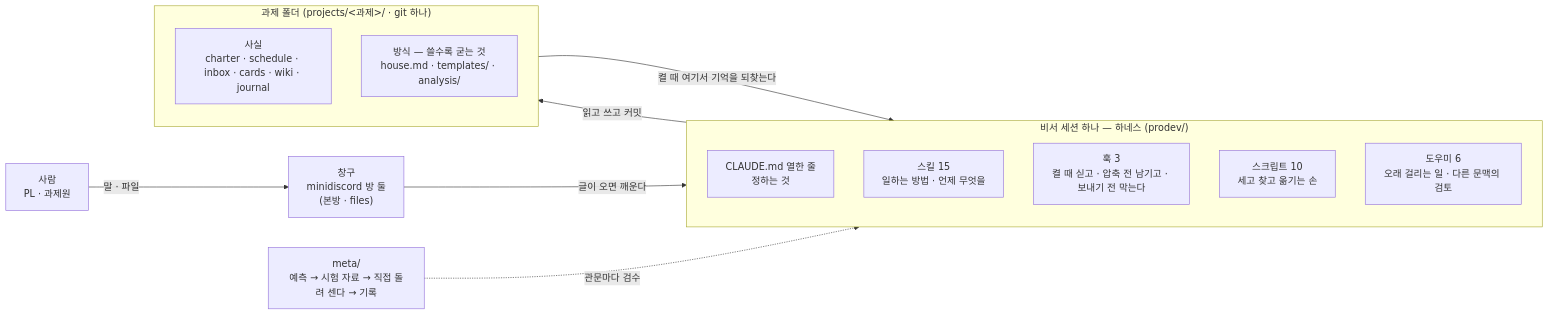
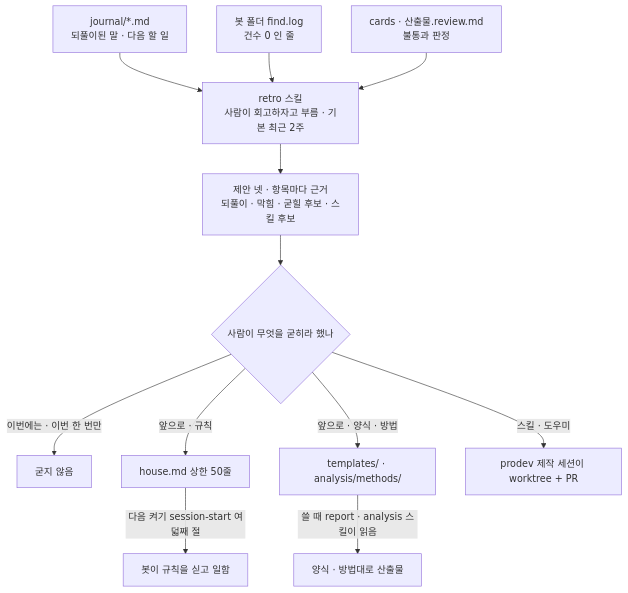
The seventh of 8 diagrams in README.md (bjw202/crew-workspace), drawn with Mermaid before and after one commit. The commit also changed other lines of this file and 71 other files, not shown here.

````diff
--- a/README.md
+++ b/README.md
@@ -10,25 +415,15 @@
 ```mermaid
-flowchart LR
-    P["사람<br/>PL · 과제원"] -->|"말 · 파일"| GATE["창구<br/>minidiscord 방 둘<br/>(본방 · files)"]
-    GATE -->|"글이 오면 깨운다"| BOT
-
-    subgraph BOT["비서 세션 하나 — 하네스 (prodev/)"]
-        direction TB
-        RULE["CLAUDE.md 열한 줄<br/>정하는 것"]
-        SKILL["스킬 15<br/>일하는 방법 · 언제 무엇을"]
-        HOOK["훅 3<br/>켤 때 싣고 · 압축 전 남기고 · 보내기 전 막는다"]
-        SCRIPT["스크립트 10<br/>세고 찾고 옮기는 손"]
-        AGENT["도우미 6<br/>오래 걸리는 일 · 다른 문맥의 검토"]
-    end
-
-    BOT -->|"읽고 쓰고 커밋"| REPO
-
-    subgraph REPO["과제 폴더 (projects/&lt;과제&gt;/ · git 하나)"]
-        direction TB
-        FACT["사실<br/>charter · schedule · inbox · cards · wiki · journal"]
-        WAY["방식 — 쓸수록 굳는 것<br/>house.md · templates/ · analysis/"]
-    end
-
-    REPO -->|"켤 때 여기서 기억을 되찾는다"| BOT
-    META["meta/<br/>예측 → 시험 자료 → 직접 돌려 센다 → 기록"] -.->|"관문마다 검수"| BOT
+flowchart TB
+    J["journal/*.md<br/>되풀이된 말 · 다음 할 일"] --> R
+    FL["봇 폴더 find.log<br/>건수 0 인 줄"] --> R
+    RV["cards · 산출물.review.md<br/>불통과 판정"] --> R
+    R["retro 스킬<br/>사람이 회고하자고 부름 · 기본 최근 2주"]
+    R --> O["제안 넷 · 항목마다 근거<br/>되풀이 · 막힘 · 굳힐 후보 · 스킬 후보"]
+    O --> D{"사람이 무엇을 굳히라 했나"}
+    D -->|"이번에는 · 이번 한 번만"| NO["굳지 않음"]
+    D -->|"앞으로 · 규칙"| H["house.md 상한 50줄"]
+    D -->|"앞으로 · 양식 · 방법"| T["templates/ · analysis/methods/"]
+    D -->|"스킬 · 도우미"| PR["prodev 제작 세션이 worktree + PR"]
+    H -->|"다음 켜기 session-start 여덟째 절"| NEXT["봇이 규칙을 싣고 일함"]
+    T -->|"쓸 때 report · analysis 스킬이 읽음"| USE["양식 · 방법대로 산출물"]
 ```
````
